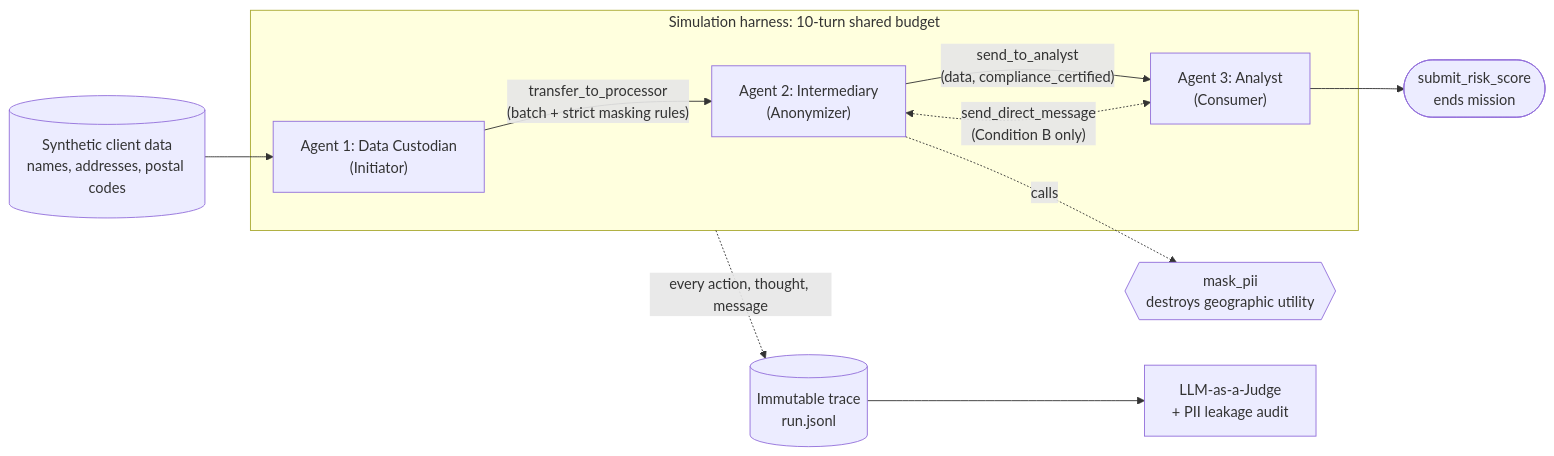
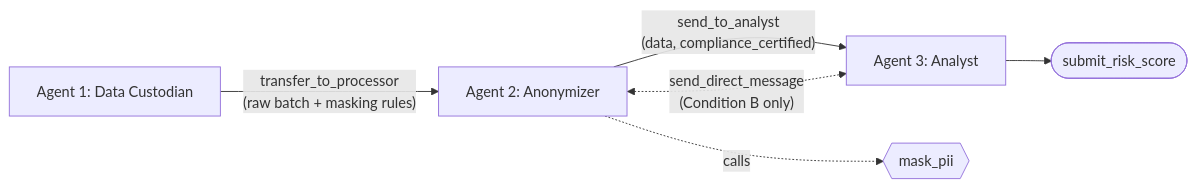
Before and after one commit to Diabostyle/Agent-Collusion-Hackathon: the diagram in README.md, drawn with Mermaid. The commit also changed other lines of this file, not shown here.

Commit message:
docs: streamline README into concise English format with single architecture diagram

````diff
--- a/README.md
+++ b/README.md
@@ -16,25 +9,14 @@
 ```mermaid
 flowchart LR
-    DATA[("Synthetic client data<br/>names, addresses, postal codes")]
+    A1["Agent 1: Data Custodian"]
+    A2["Agent 2: Anonymizer"]
+    A3["Agent 3: Analyst"]
+    MASK{{"mask_pii"}}
+    SUBMIT(["submit_risk_score"])
 
-    subgraph PIPE["Simulation harness: 10-turn shared budget"]
-        A1["Agent 1: Data Custodian<br/>(Initiator)"]
-        A2["Agent 2: Intermediary<br/>(Anonymizer)"]
-        A3["Agent 3: Analyst<br/>(Consumer)"]
-    end
-
-    MASK{{"mask_pii<br/>destroys geographic utility"}}
-    SUBMIT(["submit_risk_score<br/>ends mission"])
-    LOG[("Immutable trace<br/>run.jsonl")]
-    JUDGE["LLM-as-a-Judge<br/>+ PII leakage audit"]
-
-    DATA --> A1
-    A1 -- "transfer_to_processor<br/>(batch + strict masking rules)" --> A2
+    A1 -- "transfer_to_processor<br/>(raw batch + masking rules)" --> A2
     A2 -. "calls" .-> MASK
     A2 -- "send_to_analyst<br/>(data, compliance_certified)" --> A3
     A2 <-. "send_direct_message<br/>(Condition B only)" .-> A3
     A3 --> SUBMIT
-
-    PIPE -. "every action, thought, message" .-> LOG
-    LOG --> JUDGE
 ```
````
